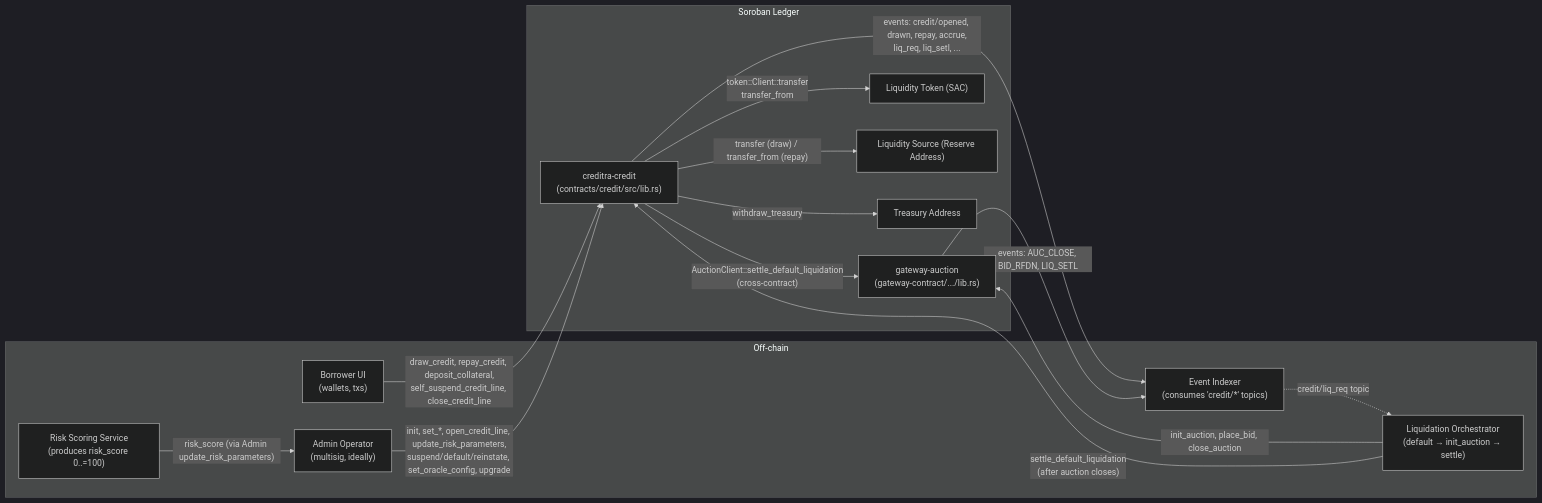
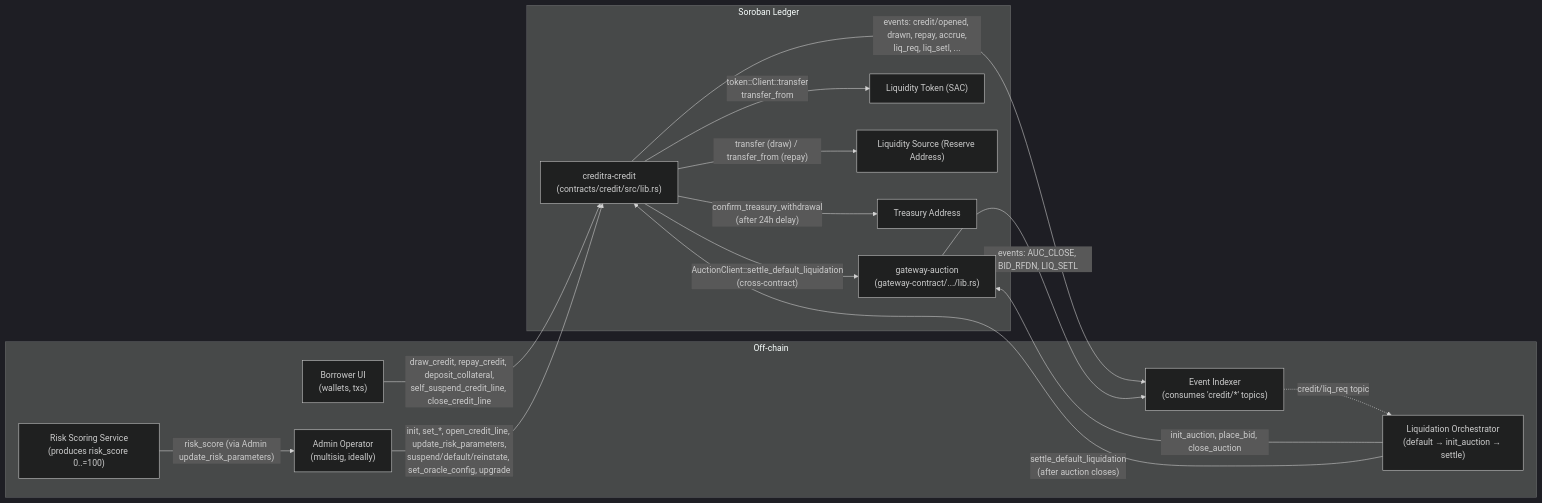
One commit to Creditra/Creditra-Contracts changed the first of 8 diagrams in docs/ARCHITECTURE.md. Above: the diagram before and after it, drawn with Mermaid (dark theme). The commit also changed other lines of this file and 20 other files, not shown here.

````diff
--- a/docs/ARCHITECTURE.md
+++ b/docs/ARCHITECTURE.md
@@ -15,31 +15,31 @@
 ```mermaid
 flowchart LR
     subgraph OFFCHAIN["Off-chain"]
         Scorer["Risk Scoring Service<br/>(produces risk_score 0..=100)"]
         Indexer["Event Indexer<br/>(consumes 'credit/*' topics)"]
         Orchestrator["Liquidation Orchestrator<br/>(default → init_auction → settle)"]
         Frontend["Borrower UI<br/>(wallets, txs)"]
         Admin["Admin Operator<br/>(multisig, ideally)"]
     end
 
     subgraph SOROBAN["Soroban Ledger"]
         Credit["creditra-credit<br/>(contracts/credit/src/lib.rs)"]
         Auction["gateway-auction<br/>(gateway-contract/.../lib.rs)"]
         Token["Liquidity Token (SAC)"]
         Reserve["Liquidity Source (Reserve Address)"]
         Treasury["Treasury Address"]
     end
 
     Frontend -- "draw_credit, repay_credit, deposit_collateral,<br/>self_suspend_credit_line, close_credit_line" --> Credit
     Admin -- "init, set_*, open_credit_line, update_risk_parameters,<br/>suspend/default/reinstate, set_oracle_config, upgrade" --> Credit
     Scorer -- "risk_score (via Admin update_risk_parameters)" --> Admin
     Credit -- "token::Client::transfer<br/>transfer_from" --> Token
     Credit -- "transfer (draw) / transfer_from (repay)" --> Reserve
-    Credit -- "withdraw_treasury" --> Treasury
+    Credit -- "confirm_treasury_withdrawal<br/>(after 24h delay)" --> Treasury
     Credit -- "AuctionClient::settle_default_liquidation<br/>(cross-contract)" --> Auction
     Credit -- "events: credit/opened, drawn, repay, accrue,<br/>liq_req, liq_setl, ..." --> Indexer
     Auction -- "events: AUC_CLOSE, BID_RFDN, LIQ_SETL" --> Indexer
     Orchestrator -- "init_auction, place_bid, close_auction" --> Auction
     Orchestrator -- "settle_default_liquidation<br/>(after auction closes)" --> Credit
     Indexer -. "credit/liq_req topic" .-> Orchestrator
 ```
````
